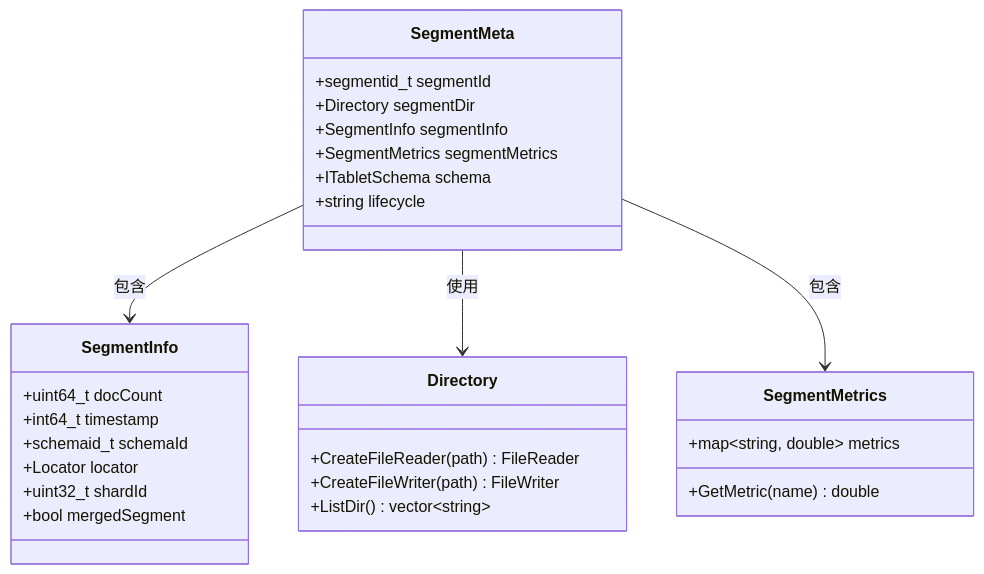
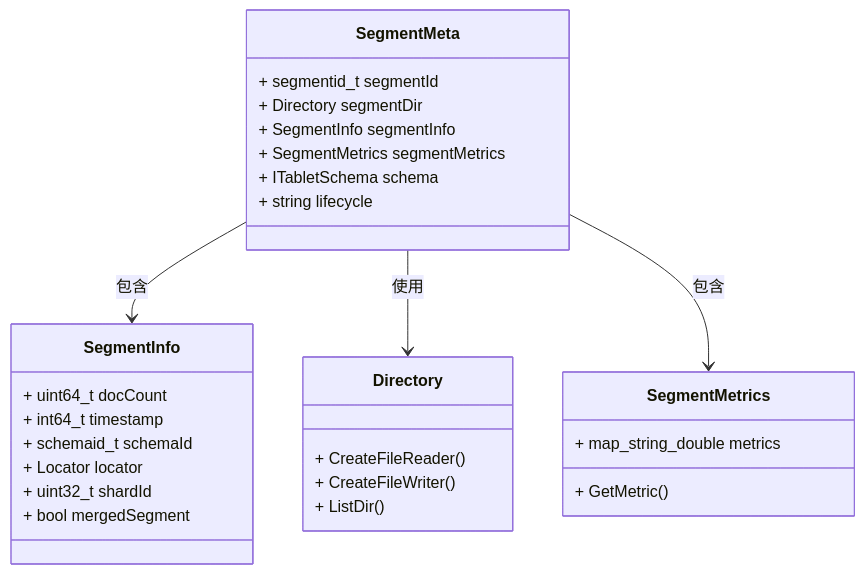
Before and after one commit to zhouzhilong-commits/zhouzhilong-commits.github.io: the third of 10 diagrams in _posts/2025-05-19-indexlib-2-tablet-segment.md, drawn with Mermaid. The commit also changed other lines of this file and 228 other files, not shown here.

````diff
--- a/_posts/2025-05-19-indexlib-2-tablet-segment.md
+++ b/_posts/2025-05-19-indexlib-2-tablet-segment.md
@@ -180,35 +180,35 @@
 ```mermaid
 classDiagram
     class SegmentMeta {
-        +segmentid_t segmentId
-        +Directory segmentDir
-        +SegmentInfo segmentInfo
-        +SegmentMetrics segmentMetrics
-        +ITabletSchema schema
-        +string lifecycle
+        + segmentid_t segmentId
+        + Directory segmentDir
+        + SegmentInfo segmentInfo
+        + SegmentMetrics segmentMetrics
+        + ITabletSchema schema
+        + string lifecycle
     }
     
     class SegmentInfo {
-        +uint64_t docCount
-        +int64_t timestamp
-        +schemaid_t schemaId
-        +Locator locator
-        +uint32_t shardId
-        +bool mergedSegment
+        + uint64_t docCount
+        + int64_t timestamp
+        + schemaid_t schemaId
+        + Locator locator
+        + uint32_t shardId
+        + bool mergedSegment
     }
     
     class Directory {
-        +CreateFileReader(path) FileReader
-        +CreateFileWriter(path) FileWriter
-        +ListDir() vector~string~
+        + CreateFileReader()
+        + CreateFileWriter()
+        + ListDir()
     }
     
     class SegmentMetrics {
-        +map~string, double~ metrics
-        +GetMetric(name) double
+        + map_string_double metrics
+        + GetMetric()
     }
     
     SegmentMeta --> SegmentInfo : 包含
     SegmentMeta --> Directory : 使用
     SegmentMeta --> SegmentMetrics : 包含
 ```
````
